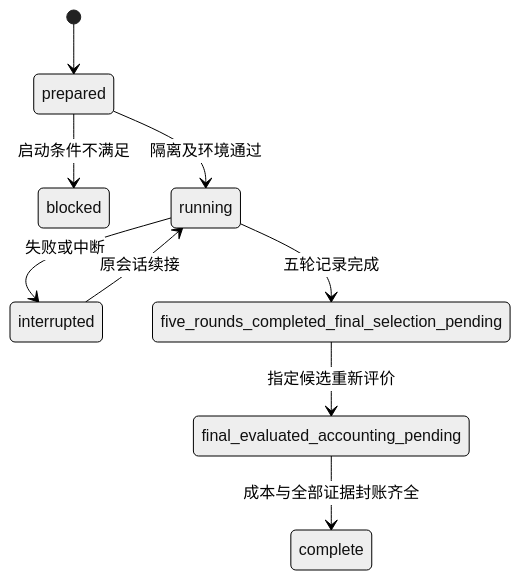
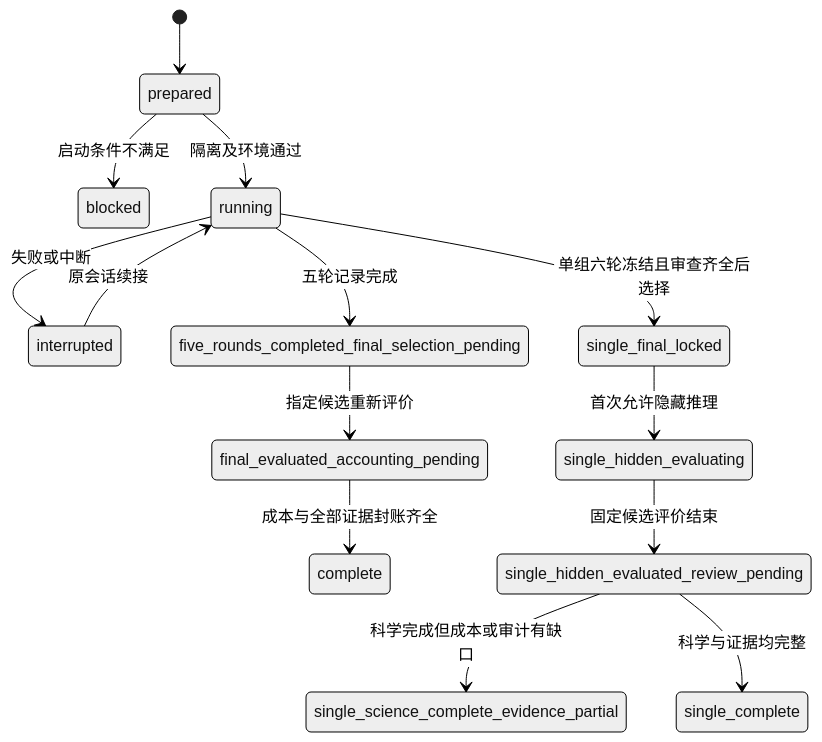
Before and after one commit to qweaxdzsc/AI4E_dojo: the fourth of 4 diagrams in docs/PRD/recipes/parametric_pde/PRD.md, drawn with Mermaid (neutral theme). The commit also changed other lines of this file and 1030 other files, not shown here.

````diff
--- a/docs/PRD/recipes/parametric_pde/PRD.md
+++ b/docs/PRD/recipes/parametric_pde/PRD.md
@@ -109,11 +126,16 @@
 ```mermaid
 stateDiagram-v2
  [*] --> prepared
  prepared --> blocked: 启动条件不满足
  prepared --> running: 隔离及环境通过
  running --> interrupted: 失败或中断
  interrupted --> running: 原会话续接
  running --> five_rounds_completed_final_selection_pending: 五轮记录完成
  five_rounds_completed_final_selection_pending --> final_evaluated_accounting_pending: 指定候选重新评价
  final_evaluated_accounting_pending --> complete: 成本与全部证据封账齐全
+ running --> single_final_locked: 单组六轮冻结且审查齐全后选择
+ single_final_locked --> single_hidden_evaluating: 首次允许隐藏推理
+ single_hidden_evaluating --> single_hidden_evaluated_review_pending: 固定候选评价结束
+ single_hidden_evaluated_review_pending --> single_science_complete_evidence_partial: 科学完成但成本或审计有缺口
+ single_hidden_evaluated_review_pending --> single_complete: 科学与证据均完整
 ```
````
